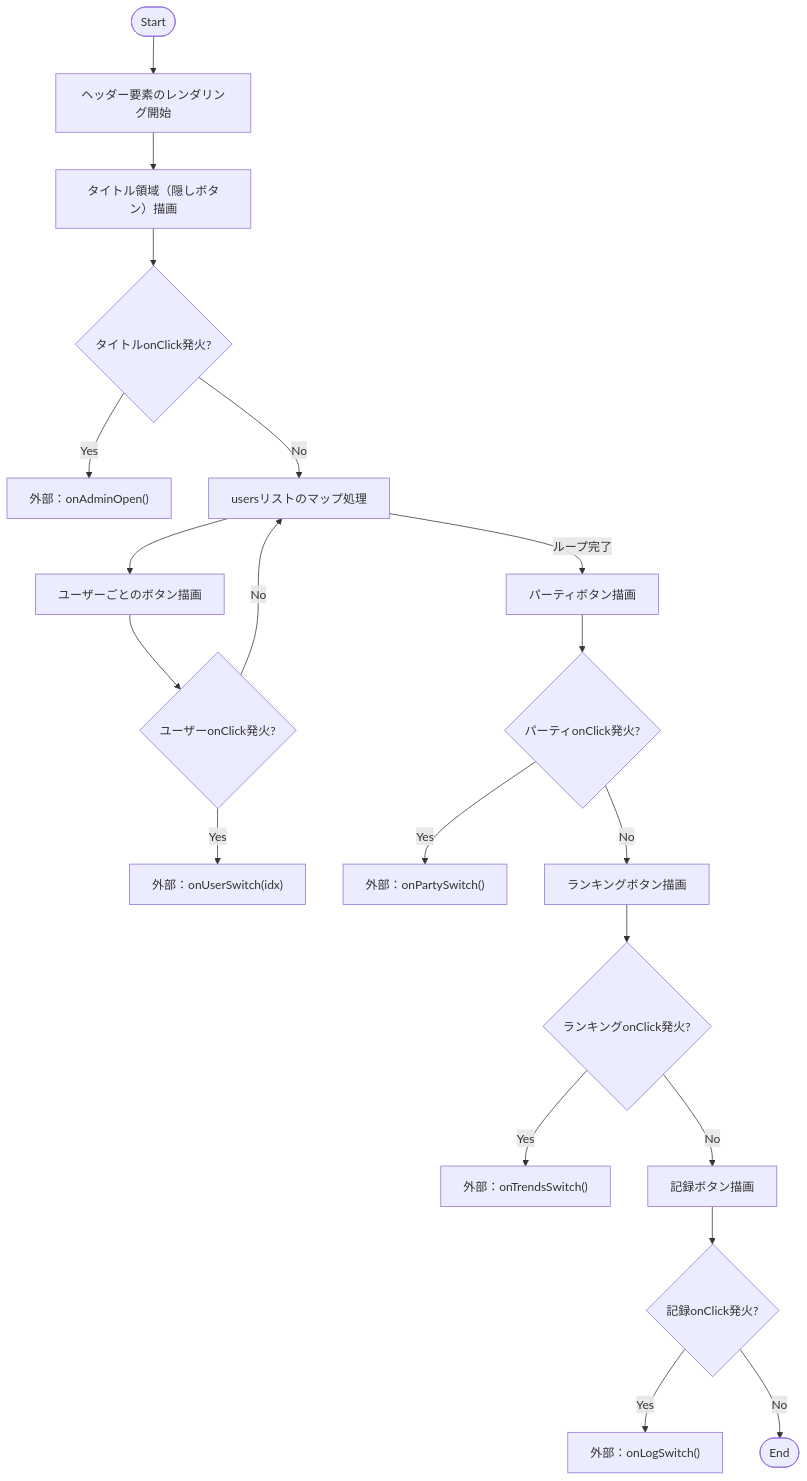
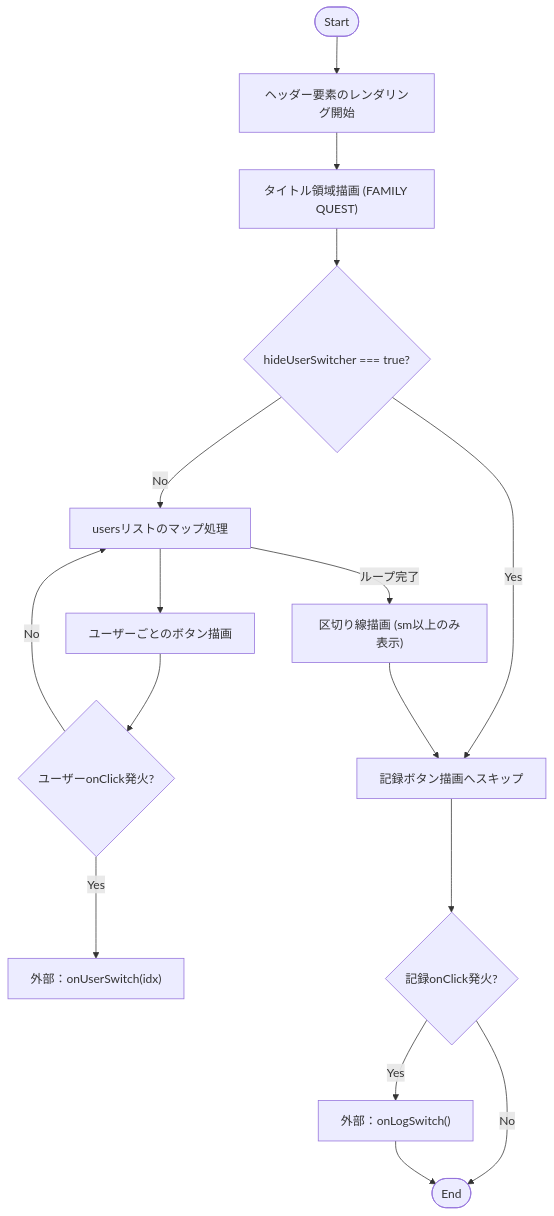
Before and after one commit to mmtigers/my_python_project: the first of 2 diagrams in docs/specifications/family-quest/src/components/layout/Header.md, drawn with Mermaid. The commit also changed other lines of this file and 9 other files, not shown here.

````diff
--- a/docs/specifications/family-quest/src/components/layout/Header.md
+++ b/docs/specifications/family-quest/src/components/layout/Header.md
@@ -81,28 +78,23 @@
 ```mermaid
 flowchart TD
     Start([Start]) --> RenderHeader["ヘッダー要素のレンダリング開始"]
-    RenderHeader --> RenderTitle["タイトル領域（隠しボタン）描画"]
-    
-    RenderTitle --> TitleClick{"タイトルonClick発火?"}
-    TitleClick -- Yes --> AdminOpen["外部：onAdminOpen()"]
-    TitleClick -- No --> LoopUsers["usersリストのマップ処理"]
-    
+    RenderHeader --> RenderTitle["タイトル領域描画 (FAMILY QUEST)"]
+
+    RenderTitle --> CheckHide{"hideUserSwitcher === true?"}
+    CheckHide -- Yes --> RenderLogBtn["記録ボタン描画へスキップ"]
+    CheckHide -- No --> LoopUsers["usersリストのマップ処理"]
+
     LoopUsers --> RenderUserBtn["ユーザーごとのボタン描画"]
     RenderUserBtn --> UserClick{"ユーザーonClick発火?"}
     UserClick -- Yes --> UserSwitch["外部：onUserSwitch(idx)"]
     UserClick -- No --> LoopUsers
-    
-    LoopUsers -- ループ完了 --> RenderPartyBtn["パーティボタン描画"]
-    RenderPartyBtn --> PartyClick{"パーティonClick発火?"}
-    PartyClick -- Yes --> PartySwitch["外部：onPartySwitch()"]
-    PartyClick -- No --> RenderTrendsBtn["ランキングボタン描画"]
 
-    RenderTrendsBtn --> TrendsClick{"ランキングonClick発火?"}
-    TrendsClick -- Yes --> TrendsSwitch["外部：onTrendsSwitch()"]
-    TrendsClick -- No --> RenderLogBtn["記録ボタン描画"]
+    LoopUsers -- ループ完了 --> RenderDivider["区切り線描画 (sm以上のみ表示)"]
+    RenderDivider --> RenderLogBtn
 
     RenderLogBtn --> LogClick{"記録onClick発火?"}
     LogClick -- Yes --> LogSwitch["外部：onLogSwitch()"]
     LogClick -- No --> End([End])
+    LogSwitch --> End
 
 ```
````
